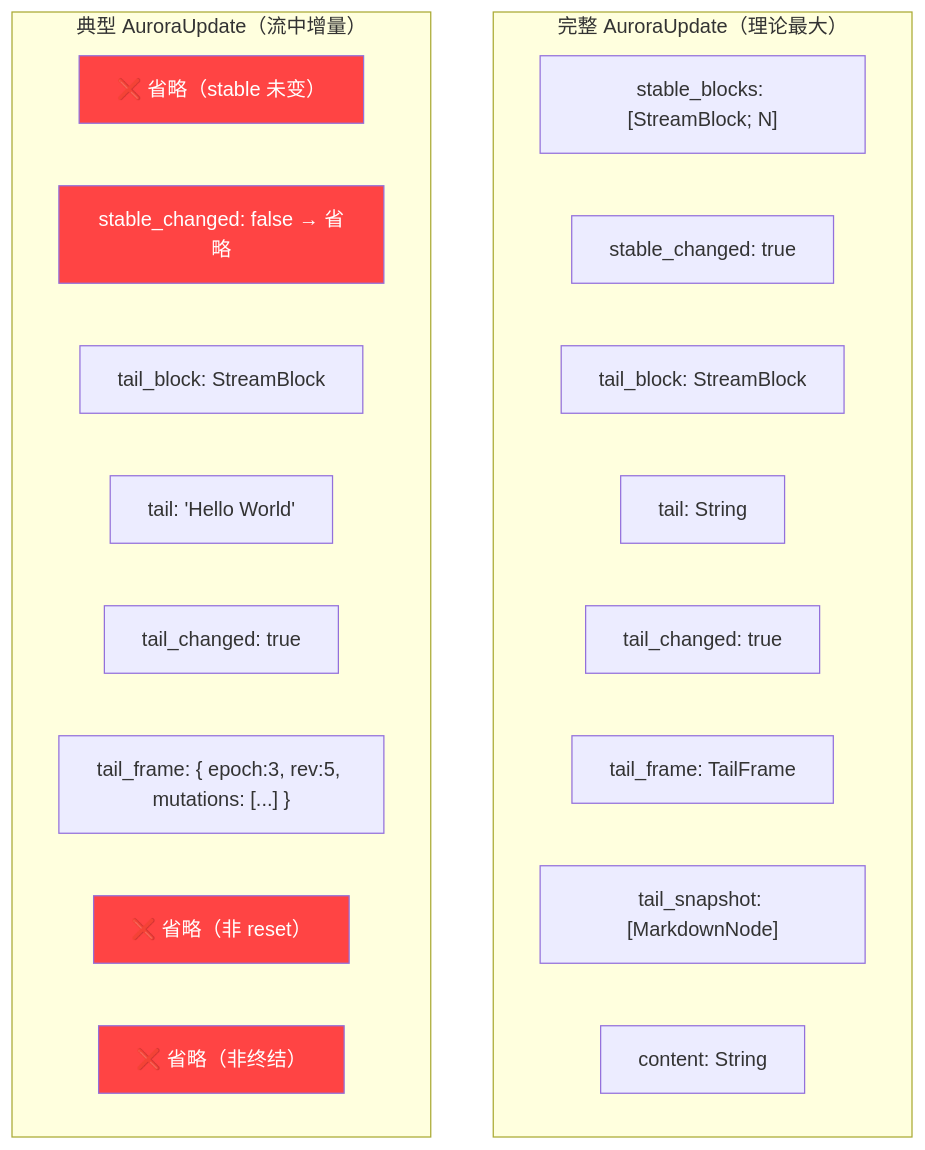
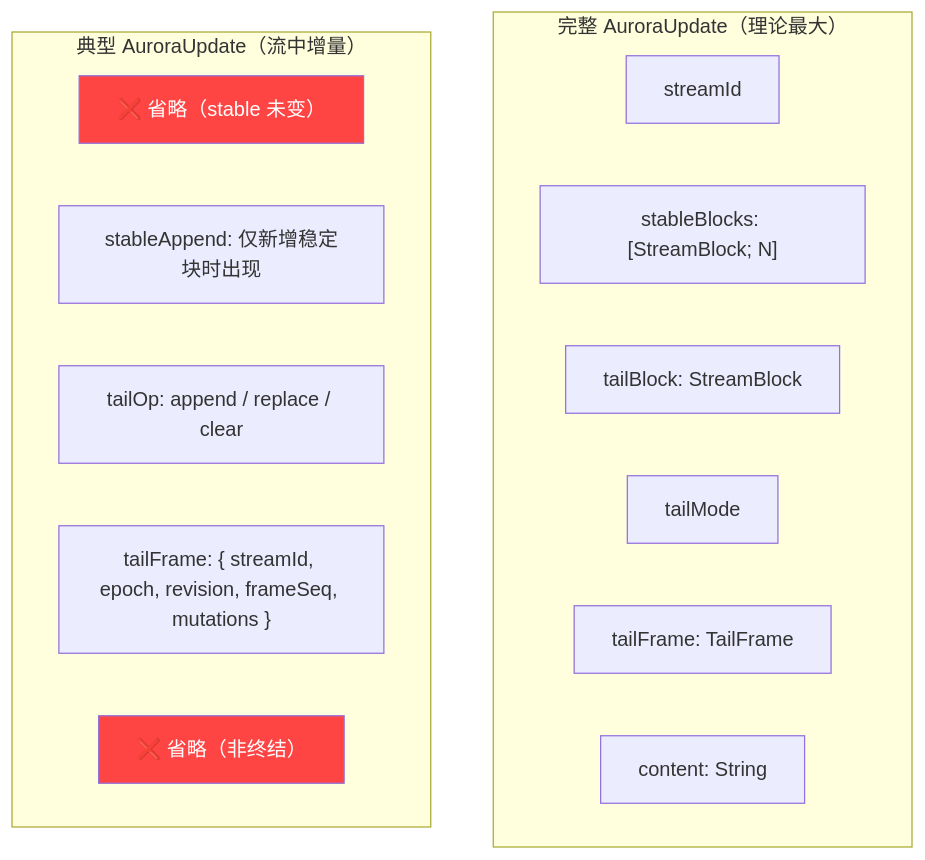
Before and after one commit to MRiecy/VCPMobile: the second of 3 diagrams in docs/modules/ast-diff/03_AstMutation指令集与稀疏IPC协议.md, drawn with Mermaid. The commit also changed other lines of this file and 12 other files, not shown here.

````diff
--- a/docs/modules/ast-diff/03_AstMutation指令集与稀疏IPC协议.md
+++ b/docs/modules/ast-diff/03_AstMutation指令集与稀疏IPC协议.md
@@ -319,29 +319,22 @@
 ```mermaid
 graph TB
     subgraph Full["完整 AuroraUpdate（理论最大）"]
-        SB["stable_blocks: [StreamBlock; N]"]
-        SC["stable_changed: true"]
-        TB["tail_block: StreamBlock"]
-        TL["tail: String"]
-        TC["tail_changed: true"]
-        TF["tail_frame: TailFrame"]
-        TS["tail_snapshot: [MarkdownNode]"]
+        SI["streamId"]
+        SB["stableBlocks: [StreamBlock; N]"]
+        TB["tailBlock: StreamBlock"]
+        TM["tailMode"]
+        TF["tailFrame: TailFrame"]
         CT["content: String"]
     end
 
     subgraph Typical["典型 AuroraUpdate（流中增量）"]
         SB2["❌ 省略（stable 未变）"]
-        SC2["stable_changed: false → 省略"]
-        TB2["tail_block: StreamBlock"]
-        TL2["tail: 'Hello World'"]
-        TC2["tail_changed: true"]
-        TF2["tail_frame: { epoch:3, rev:5, mutations: [...] }"]
-        TS2["❌ 省略（非 reset）"]
+        SA2["stableAppend: 仅新增稳定块时出现"]
+        TO2["tailOp: append / replace / clear"]
+        TF2["tailFrame: { streamId, epoch, revision, frameSeq, mutations }"]
         CT2["❌ 省略（非终结）"]
     end
 
     style SB2 fill:#ff4444,color:#fff
-    style SC2 fill:#ff4444,color:#fff
-    style TS2 fill:#ff4444,color:#fff
     style CT2 fill:#ff4444,color:#fff
 ```
````
